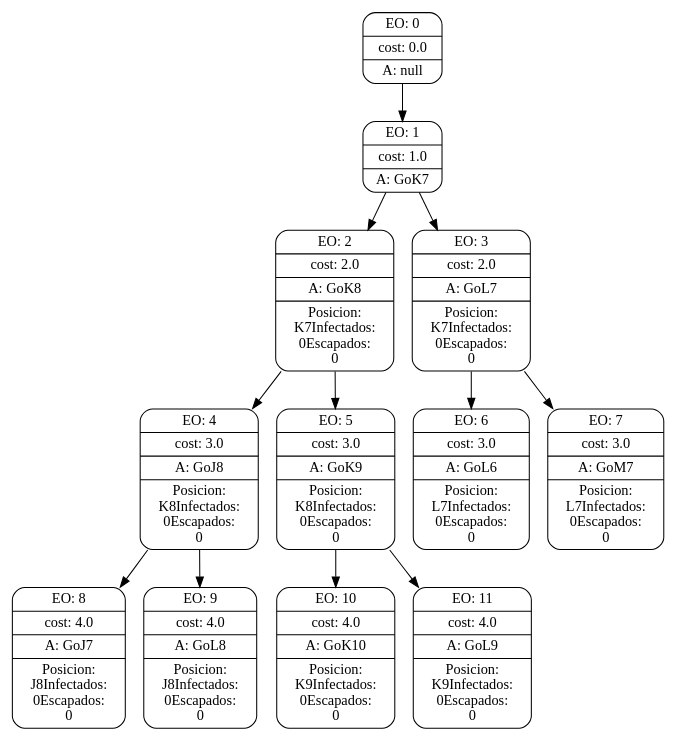
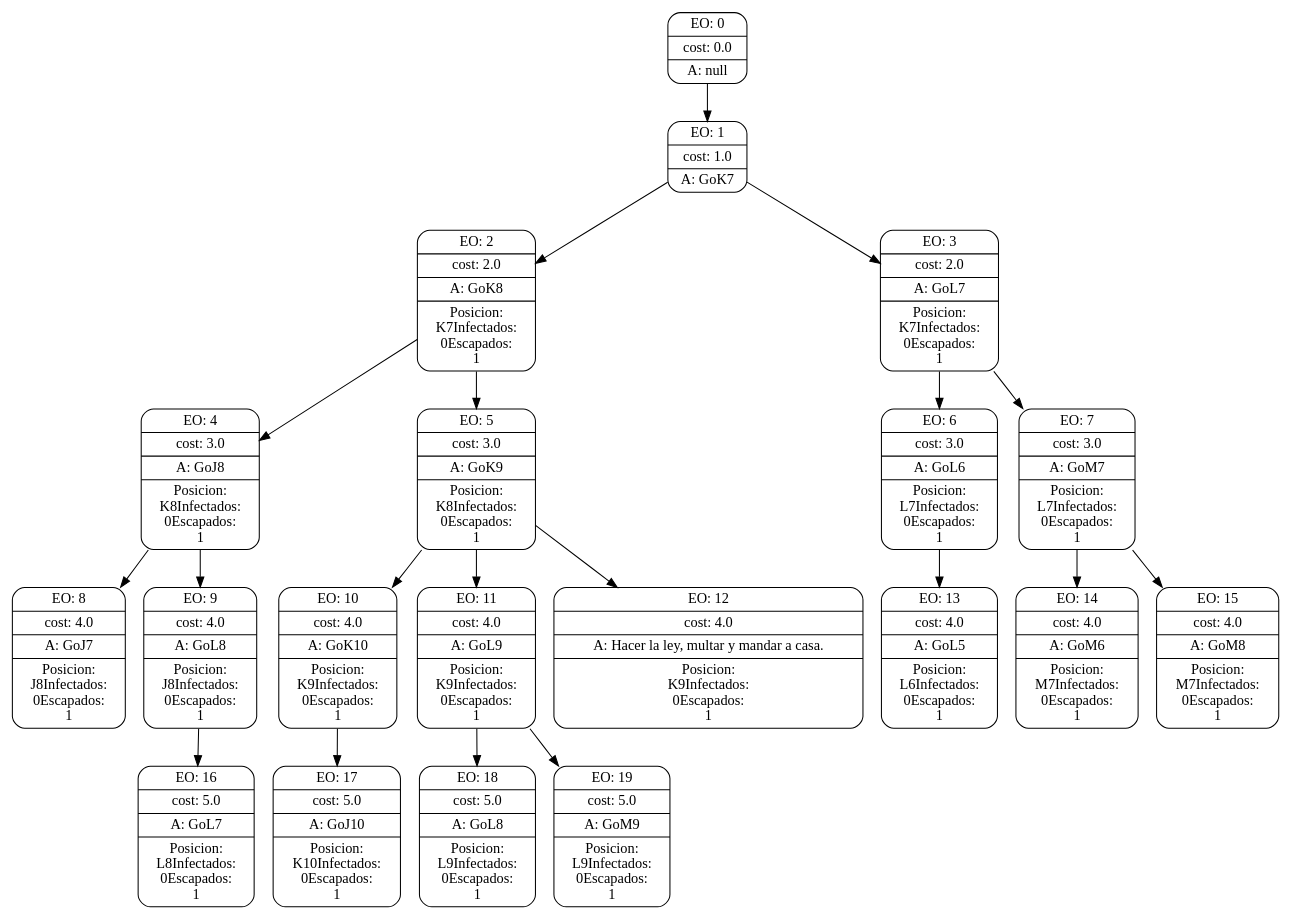
The diagram in inteligenciaArtificialTP1/searchGVTrees/3.dot (eliasbrizi/tp1IA), drawn with Graphviz before and after one commit. The commit also changed 43 other files, not shown here.

```diff
--- a/inteligenciaArtificialTP1/searchGVTrees/3.dot
+++ b/inteligenciaArtificialTP1/searchGVTrees/3.dot
@@ -1,59 +1,99 @@
 digraph g {
 node [shape = Mrecord];
 nodo0[label="{EO: 0|cost: 0.0|A: null}"]
 nodo1[label="{EO: 1|cost: 1.0|A: GoK7}"]
 nodo2[label="{EO: 2|cost: 2.0|A: GoK8|Posicion:\nK7
 Infectados:\n0
-Escapados:\n0}"]
+Escapados:\n1}"]
 nodo4[label="{EO: 4|cost: 3.0|A: GoJ8|Posicion:\nK8
 Infectados:\n0
-Escapados:\n0}"]
+Escapados:\n1}"]
 nodo8[label="{EO: 8|cost: 4.0|A: GoJ7|Posicion:\nJ8
 Infectados:\n0
-Escapados:\n0}"]
+Escapados:\n1}"]
 
 nodo4 -> nodo8;
 nodo9[label="{EO: 9|cost: 4.0|A: GoL8|Posicion:\nJ8
 Infectados:\n0
-Escapados:\n0}"]
+Escapados:\n1}"]
+nodo16[label="{EO: 16|cost: 5.0|A: GoL7|Posicion:\nL8
+Infectados:\n0
+Escapados:\n1}"]
+
+nodo9 -> nodo16;
 
 nodo4 -> nodo9;
 
 nodo2 -> nodo4;
 nodo5[label="{EO: 5|cost: 3.0|A: GoK9|Posicion:\nK8
 Infectados:\n0
-Escapados:\n0}"]
+Escapados:\n1}"]
 nodo10[label="{EO: 10|cost: 4.0|A: GoK10|Posicion:\nK9
 Infectados:\n0
-Escapados:\n0}"]
+Escapados:\n1}"]
+nodo17[label="{EO: 17|cost: 5.0|A: GoJ10|Posicion:\nK10
+Infectados:\n0
+Escapados:\n1}"]
+
+nodo10 -> nodo17;
 
 nodo5 -> nodo10;
 nodo11[label="{EO: 11|cost: 4.0|A: GoL9|Posicion:\nK9
 Infectados:\n0
-Escapados:\n0}"]
+Escapados:\n1}"]
+nodo18[label="{EO: 18|cost: 5.0|A: GoL8|Posicion:\nL9
+Infectados:\n0
+Escapados:\n1}"]
+
+nodo11 -> nodo18;
+nodo19[label="{EO: 19|cost: 5.0|A: GoM9|Posicion:\nL9
+Infectados:\n0
+Escapados:\n1}"]
+
+nodo11 -> nodo19;
 
 nodo5 -> nodo11;
+nodo12[label="{EO: 12|cost: 4.0|A: Hacer la ley, multar y mandar a casa.|Posicion:\nK9
+Infectados:\n0
+Escapados:\n1}"]
+
+nodo5 -> nodo12;
 
 nodo2 -> nodo5;
 
 nodo1 -> nodo2;
 nodo3[label="{EO: 3|cost: 2.0|A: GoL7|Posicion:\nK7
 Infectados:\n0
-Escapados:\n0}"]
+Escapados:\n1}"]
 nodo6[label="{EO: 6|cost: 3.0|A: GoL6|Posicion:\nL7
 Infectados:\n0
-Escapados:\n0}"]
+Escapados:\n1}"]
+nodo13[label="{EO: 13|cost: 4.0|A: GoL5|Posicion:\nL6
+Infectados:\n0
+Escapados:\n1}"]
+
+nodo6 -> nodo13;
 
 nodo3 -> nodo6;
 nodo7[label="{EO: 7|cost: 3.0|A: GoM7|Posicion:\nL7
 Infectados:\n0
-Escapados:\n0}"]
+Escapados:\n1}"]
+nodo14[label="{EO: 14|cost: 4.0|A: GoM6|Posicion:\nM7
+Infectados:\n0
+Escapados:\n1}"]
+
+nodo7 -> nodo14;
+nodo15[label="{EO: 15|cost: 4.0|A: GoM8|Posicion:\nM7
+Infectados:\n0
+Escapados:\n1}"]
+
+nodo7 -> nodo15;
 
 nodo3 -> nodo7;
 
 nodo1 -> nodo3;
 
 nodo0 -> nodo1;
 
 
 }
```
